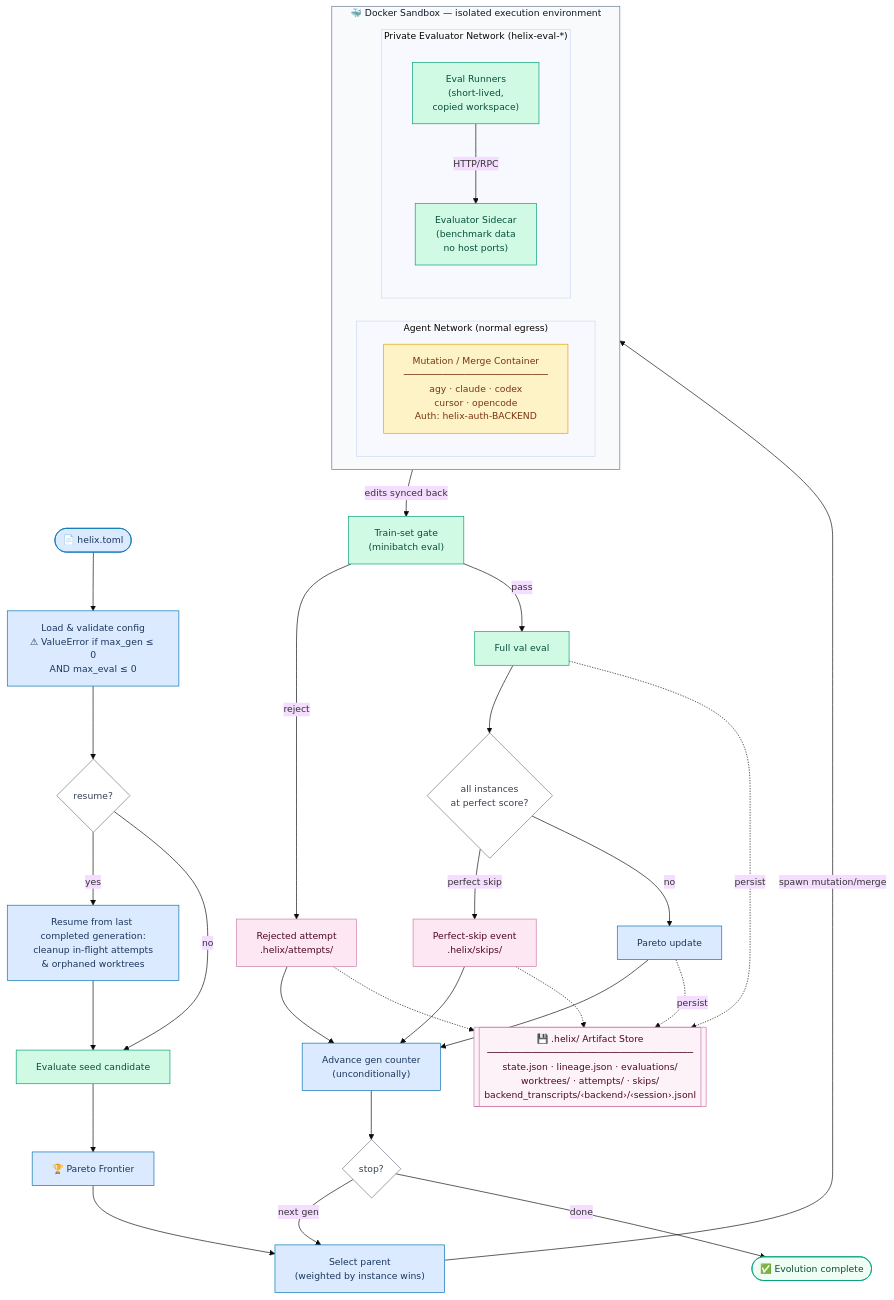
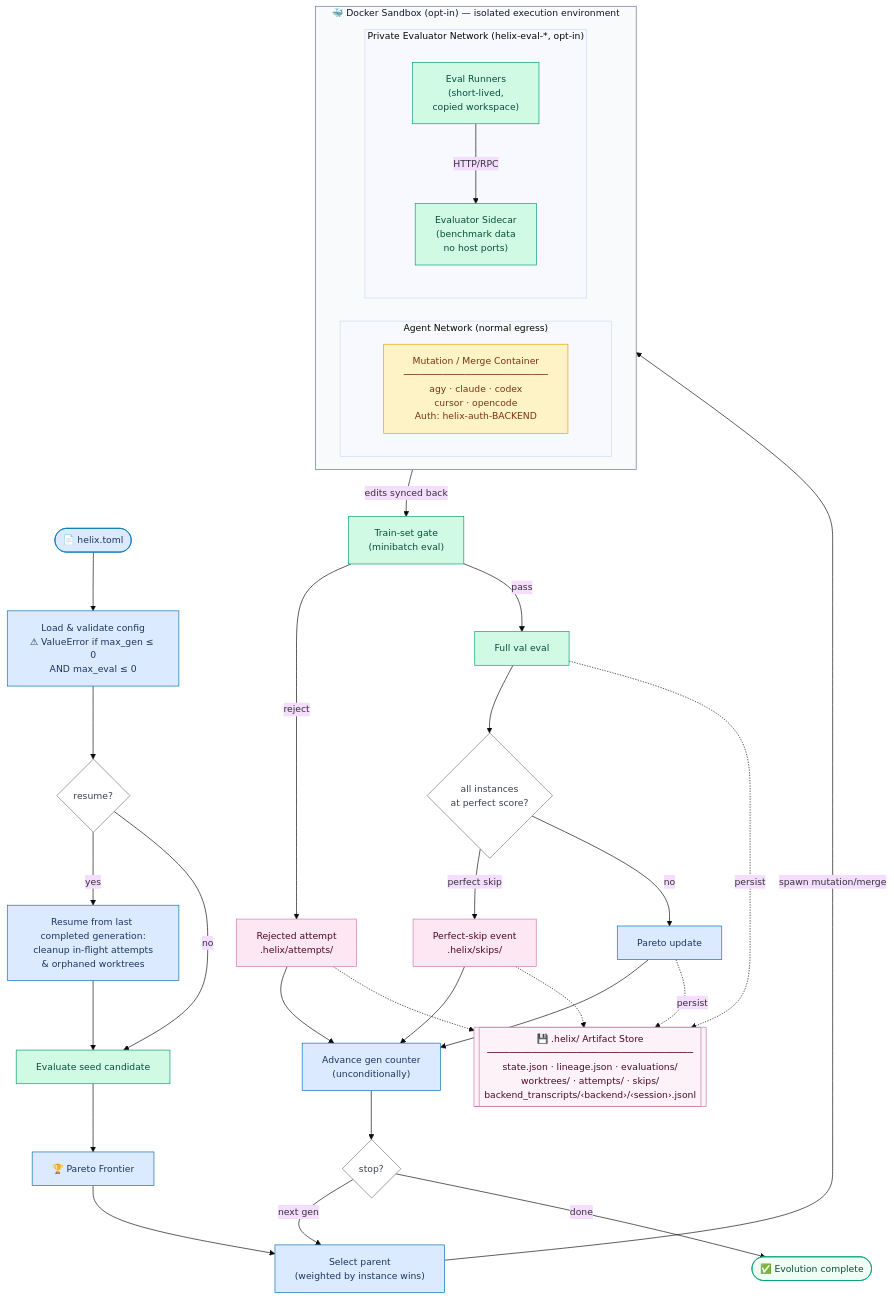
The diagram in README.md (KE7/helix), drawn with Mermaid before and after one commit. The commit also changed other lines of this file and 7 other files, not shown here.

First line of the commit message:
docs: sandbox evaluator sidecar configuration

````diff
--- a/README.md
+++ b/README.md
@@ -73,76 +73,76 @@
 ```mermaid
 %%{init: {'theme': 'base', 'themeVariables': {'fontSize': '14px'}}}%%
 flowchart TD
     classDef host fill:#dbeafe,stroke:#0072B2,color:#1a365d
     classDef eval fill:#d1fae5,stroke:#009E73,color:#064e3b
     classDef agent fill:#fef3c7,stroke:#E69F00,color:#78350f
     classDef artifact fill:#fce7f3,stroke:#CC79A7,color:#500724
     classDef dec fill:#ffffff,stroke:#6b7280,color:#374151
     classDef ok fill:#f0fdf4,stroke:#009E73,color:#064e3b
 
     %% ── Phase 1: Startup ─────────────────────────────────────────────────────────
     CFG(["📄 helix.toml"]):::host
     LOAD["Load & validate config\n⚠ ValueError if max_gen ≤ 0\nAND max_eval ≤ 0"]:::host
     RES{"resume?"}:::dec
     REC["Resume from last completed generation:\ncleanup in-flight attempts\n& orphaned worktrees"]:::host
     SEED["Evaluate seed candidate"]:::eval
     FRONT["🏆 Pareto Frontier"]:::host
 
     CFG --> LOAD --> RES
     RES -->|yes| REC --> SEED
     RES -->|no| SEED
     SEED --> FRONT
 
     %% ── Phase 2: Generation loop — select parent ─────────────────────────────────
     SEL["Select parent\n(weighted by instance wins)"]:::host
     FRONT --> SEL
 
     %% ── Phase 3: Docker Sandbox — isolated execution ─────────────────────────────
-    subgraph DOCKER["🐳  Docker Sandbox  —  isolated execution environment"]
+    subgraph DOCKER["🐳  Docker Sandbox (opt-in)  —  isolated execution environment"]
         direction LR
         subgraph ANET["  Agent Network  (normal egress)  "]
             AGENT["Mutation / Merge Container\n──────────────────────────\nagy · claude · codex\ncursor · opencode\nAuth: helix-auth-BACKEND"]:::agent
         end
-        subgraph ENET["  Private Evaluator Network  (helix-eval-*)  "]
+        subgraph ENET["  Private Evaluator Network  (helix-eval-*, opt-in)  "]
             ERUN["Eval Runners\n(short-lived,\ncopied workspace)"]:::eval
             ESVC["Evaluator Sidecar\n(benchmark data\nno host ports)"]:::eval
             ERUN -->|"HTTP/RPC"| ESVC
         end
     end
     style DOCKER fill:#f8fafc,stroke:#64748b,color:#0f172a
 
     SEL -->|"spawn mutation/merge"| AGENT
     AGENT -->|"edits synced back"| GATE
 
     %% ── Phase 4: Evaluate & update ───────────────────────────────────────────────
     GATE["Train-set gate\n(minibatch eval)"]:::eval
     AREC["Rejected attempt\n.helix/attempts/"]:::artifact
     VEVAL["Full val eval"]:::eval
     PERF{"all instances\nat perfect score?"}:::dec
     SREC["Perfect-skip event\n.helix/skips/"]:::artifact
     PUPD["Pareto update"]:::host
     ADV["Advance gen counter\n(unconditionally)"]:::host
     STOPDEC{"stop?"}:::dec
     DONE(["✅  Evolution complete"]):::ok
 
     GATE -->|"reject"| AREC
     GATE -->|"pass"| VEVAL --> PERF
     PERF -->|"perfect skip"| SREC
     PERF -->|"no"| PUPD
 
     AREC --> ADV
     SREC --> ADV
     PUPD --> ADV
     ADV --> STOPDEC
     STOPDEC -->|"next gen"| SEL
     STOPDEC -->|"done"| DONE
 
     %% ── .helix/ Artifact Store ───────────────────────────────────────────────────
     ARTS[["💾 .helix/ Artifact Store\n─────────────────────────────────────\nstate.json · lineage.json · evaluations/\nworktrees/ · attempts/ · skips/\nbackend_transcripts/‹backend›/‹session›.jsonl"]]:::artifact
     style ARTS fill:#fdf2f8,stroke:#CC79A7,color:#500724
 
     PUPD -.->|"persist"| ARTS
     VEVAL -.->|"persist"| ARTS
     AREC -.-> ARTS
     SREC -.-> ARTS
 ```
````
